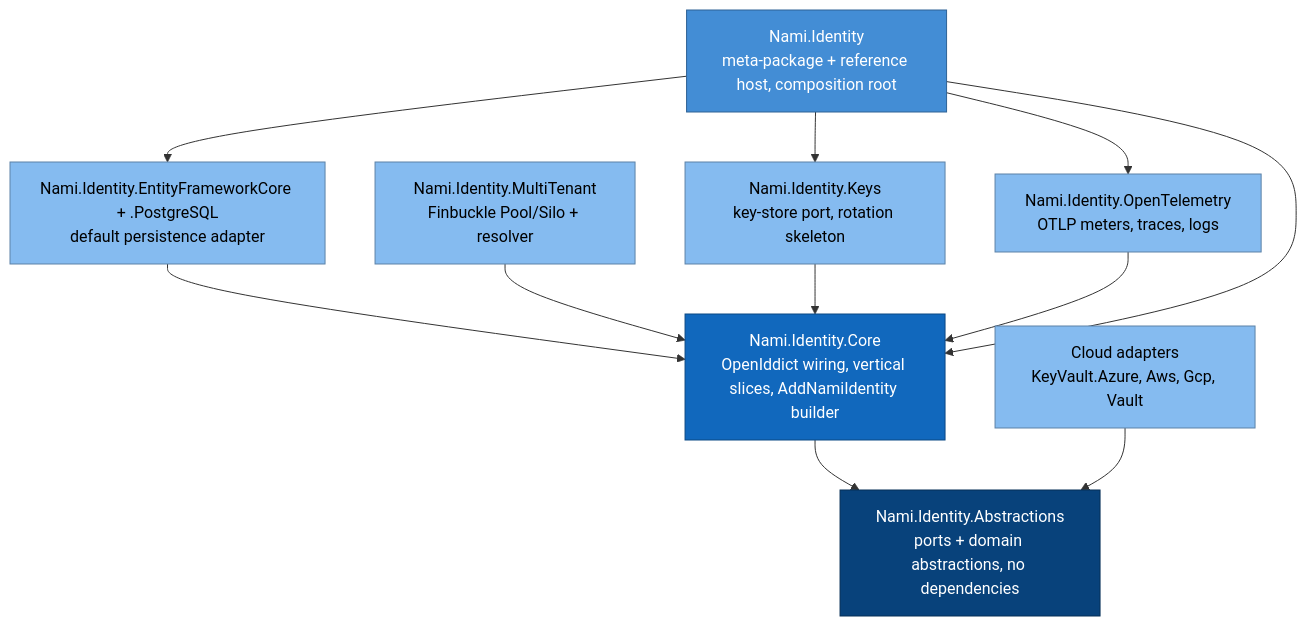
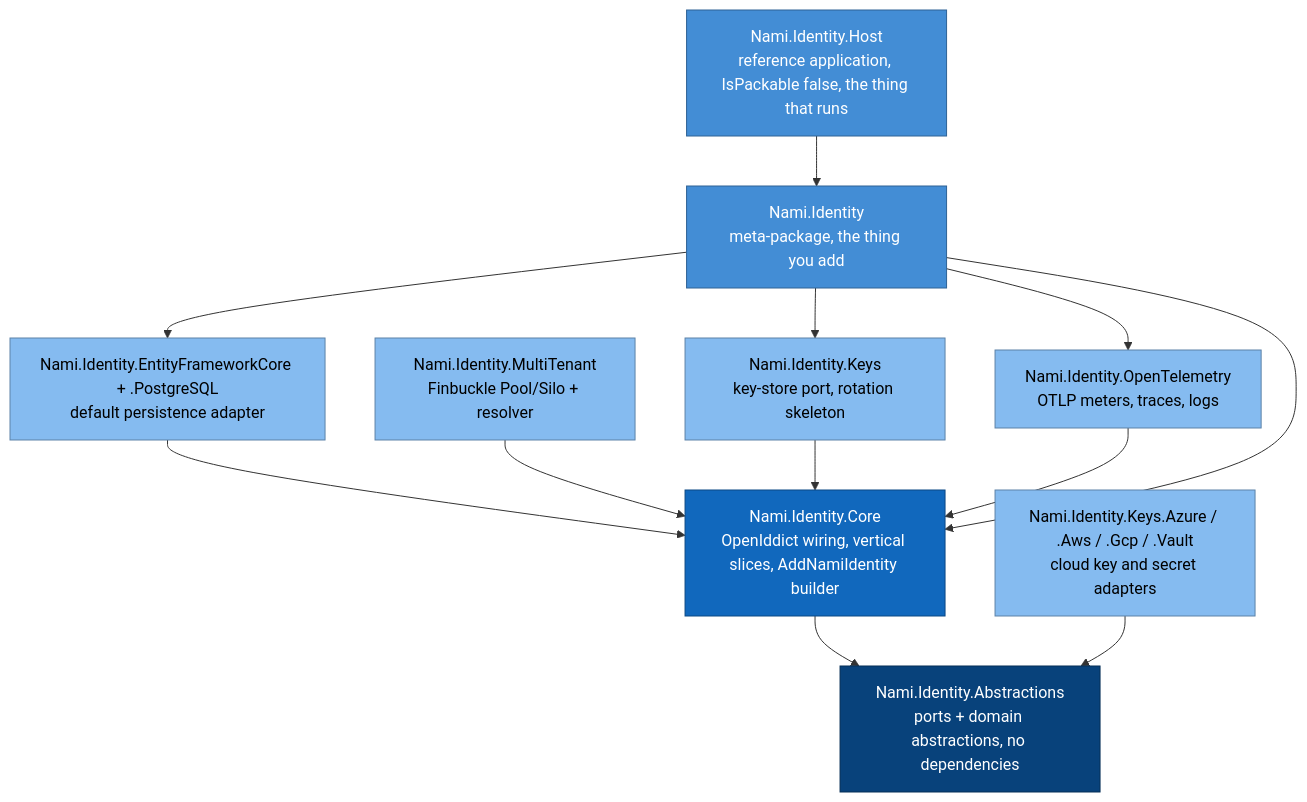
One commit to namphuongtran/nami changed the first of 2 diagrams in docs/design/01-foundations.md. Above: the diagram before and after it, drawn with Mermaid. The commit also changed other lines of this file and 1 other file, not shown here.

````diff
--- a/docs/design/01-foundations.md
+++ b/docs/design/01-foundations.md
@@ -45,27 +45,29 @@
 ```mermaid
 graph TB
   abs[Nami.Identity.Abstractions<br/>ports + domain abstractions, no dependencies]:::center
   core[Nami.Identity.Core<br/>OpenIddict wiring, vertical slices, AddNamiIdentity builder]:::core
   ef[Nami.Identity.EntityFrameworkCore + .PostgreSQL<br/>default persistence adapter]:::adapter
   mt[Nami.Identity.MultiTenant<br/>Finbuckle Pool/Silo + resolver]:::adapter
   keys[Nami.Identity.Keys<br/>key-store port, rotation skeleton]:::adapter
   otel[Nami.Identity.OpenTelemetry<br/>OTLP meters, traces, logs]:::adapter
-  cloud[Cloud adapters<br/>KeyVault.Azure, Aws, Gcp, Vault]:::adapter
-  host[Nami.Identity<br/>meta-package + reference host, composition root]:::host
+  cloud[Nami.Identity.Keys.Azure / .Aws / .Gcp / .Vault<br/>cloud key and secret adapters]:::adapter
+  meta[Nami.Identity<br/>meta-package, the thing you add]:::host
+  host[Nami.Identity.Host<br/>reference application, IsPackable false, the thing that runs]:::host
 
   core --> abs
   ef --> core
   mt --> core
   keys --> core
   otel --> core
   cloud --> abs
-  host --> core
-  host --> ef
-  host --> keys
-  host --> otel
+  meta --> core
+  meta --> ef
+  meta --> keys
+  meta --> otel
+  host --> meta
 
   classDef center fill:#08427b,stroke:#052e56,color:#ffffff
   classDef core fill:#1168bd,stroke:#0b4884,color:#ffffff
   classDef adapter fill:#85bbf0,stroke:#5d82a8,color:#000000
   classDef host fill:#438dd5,stroke:#2e6295,color:#ffffff
 ```
````
